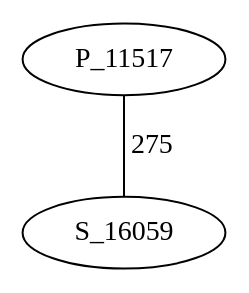
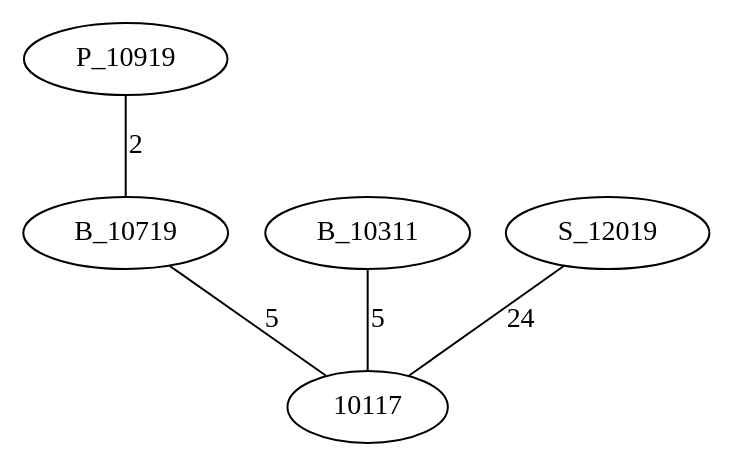
One commit to AsmNoob/Labyrinthe changed the diagram in Graph.dot. Above: the diagram before and after it, drawn with Graphviz. The commit also changed 4 other files, not shown here.

```diff
--- a/Graph.dot
+++ b/Graph.dot
@@ -1,5 +1,8 @@
 graph chemin {
 
-	P_11517 -- S_16059 [label=275]
+	P_10919 -- B_10719 [label=2]
+	B_10311 -- 10117 [label=5]
+	S_12019 -- 10117 [label=24]
+	B_10719 -- 10117 [label=5]
 
 }
```
